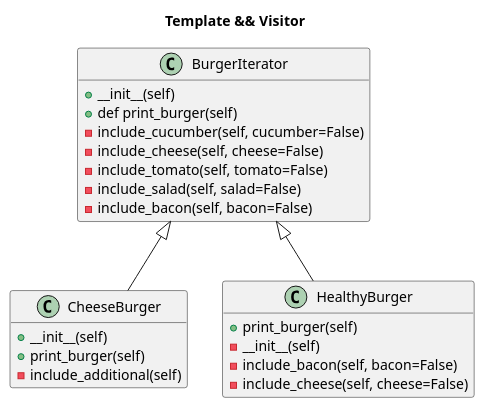
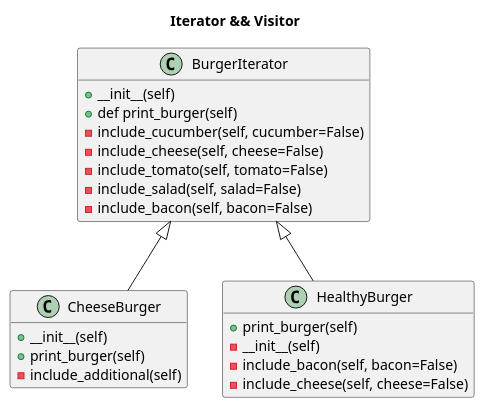
One commit to IrmA-ErroR/TMP changed the diagram in lab_4/iterator.plantuml. Above: the diagram before and after it, drawn with PlantUML. The commit also changed 1 other file, not shown here.

```diff
--- a/lab_4/iterator.plantuml
+++ b/lab_4/iterator.plantuml
@@ -1,34 +1,34 @@
 @startuml "iterator_visitor"
-title Template && Visitor
+title Iterator && Visitor
 
 class BurgerIterator {
     +__init__(self)
     + def print_burger(self)
     -include_cucumber(self, cucumber=False)
     -include_cheese(self, cheese=False)
     - include_tomato(self, tomato=False)
     - include_salad(self, salad=False)
     - include_bacon(self, bacon=False)
 }
 
 
 
 class CheeseBurger {
     +__init__(self)
     + print_burger(self)
     - include_additional(self)
 }
 
 class HealthyBurger {
     + print_burger(self)
     - __init__(self)
     - include_bacon(self, bacon=False)
     - include_cheese(self, cheese=False)
 }
 
 
 BurgerIterator <|-- CheeseBurger
 BurgerIterator <|-- HealthyBurger
 
 hide empty fields
 @enduml
```
